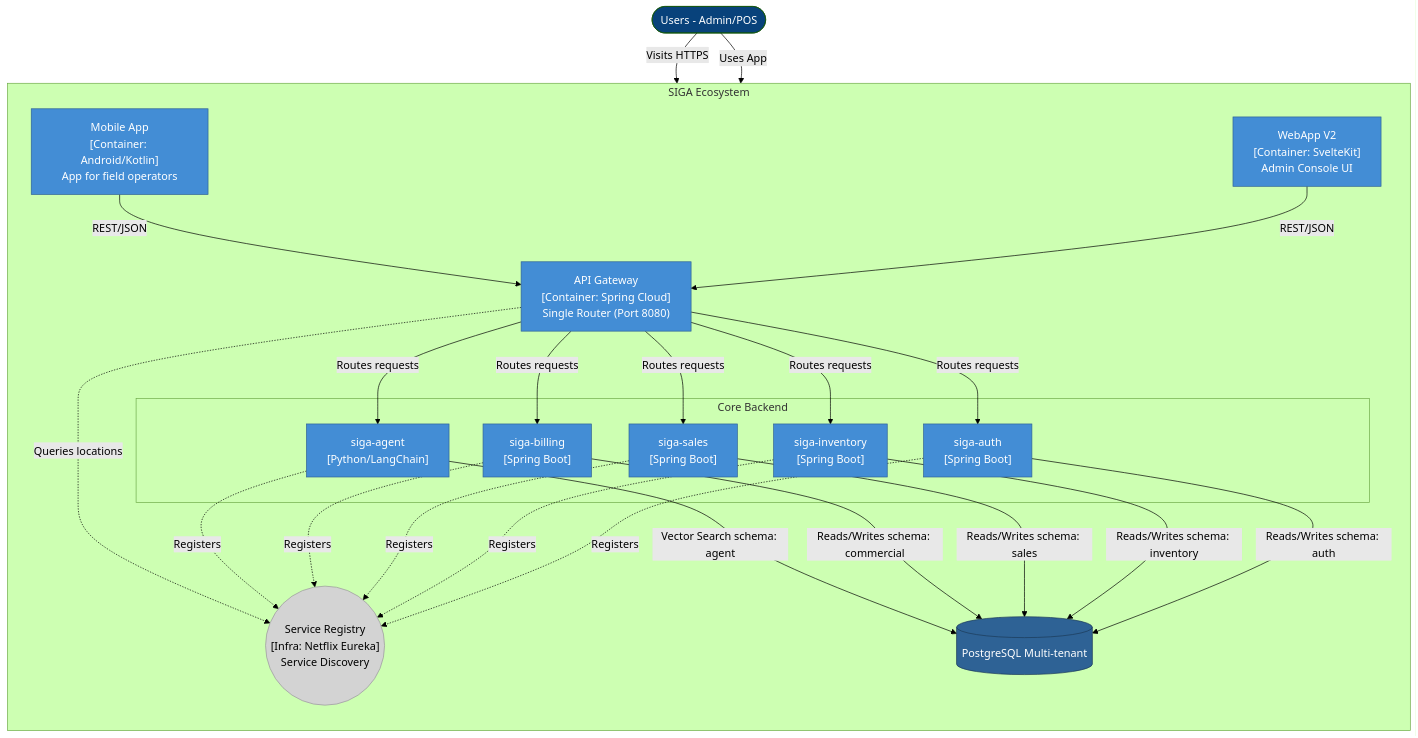
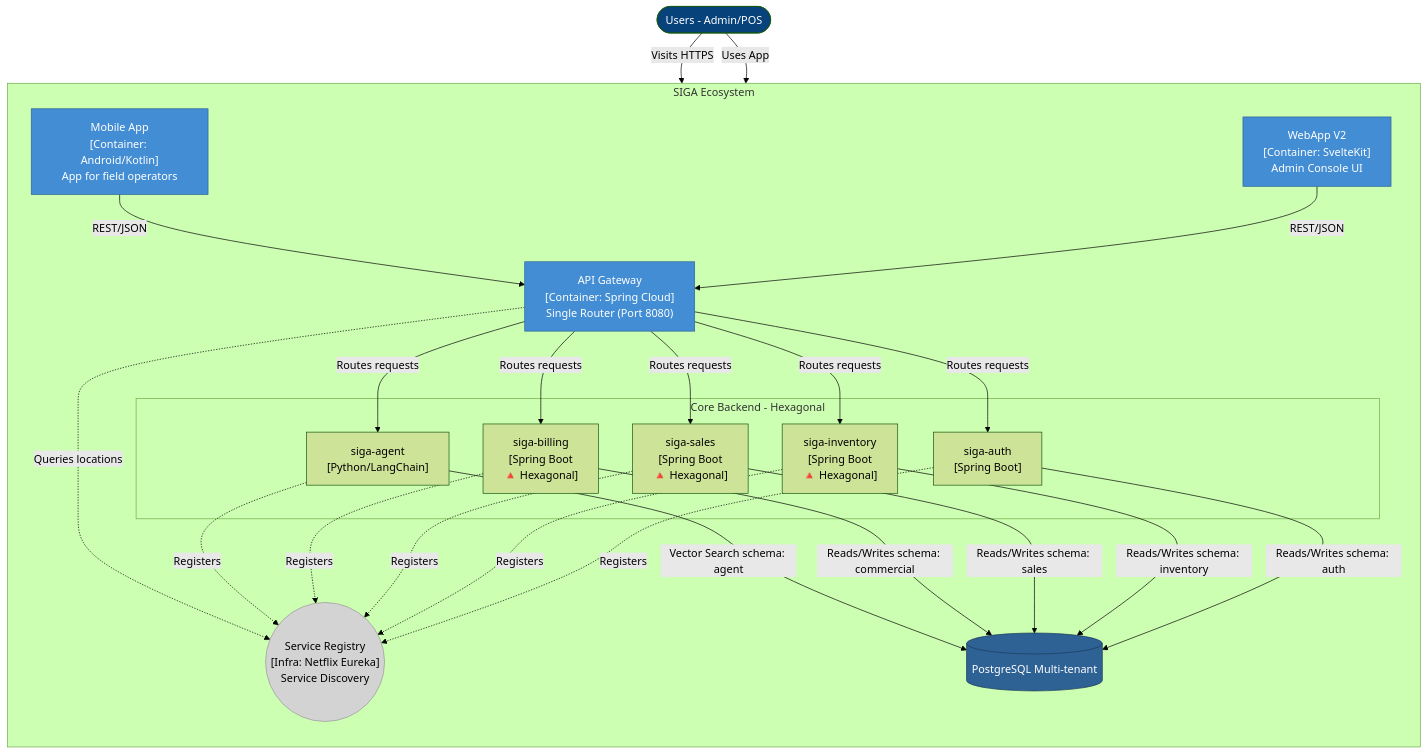
Before and after one commit to HecAguilaV/SIGA: the second of 2 diagrams in docs/en/architecture/C4_MODEL.md, drawn with Mermaid (forest theme). The commit also changed 1 other file, not shown here.

Commit message:
docs: update architecture docs and learning record for hexagonal migration / actualizar docs de arquitectura y registro de aprendizaje
- C4 Model updated: Inventory, Sales, Billing marked as Hexagonal
- Auth monolith noted as remaining legacy (pre-migration)
- LEARNING.md: Sales hexagonal completion, Auth migration details,
  Hibernate 6 UUID bug, Billing ddl-auto fix, Flyway activation decisions

- Modelo C4 actualizado: Inventory, Sales, Billing marcados como Hexagonal
- LEARNING.md: migracion hexagonal de Sales, detalles de migracion de Auth,
  bug de Hibernate 6 con UUID, fix de ddl-auto en Billing, decisiones de Flyway

````diff
--- a/docs/en/architecture/C4_MODEL.md
+++ b/docs/en/architecture/C4_MODEL.md
@@ -56,66 +56,66 @@
 ```mermaid
 flowchart TB
     %% Styles
     classDef actor fill:#08427b,color:#fff
     classDef container fill:#438dd5,stroke:#2e6295,color:#fff
     classDef db fill:#2e6295,stroke:#1b3a58,color:#fff
     classDef infrastructure fill:#d3d3d3,stroke:#999999,color:#000
 
     User(["Users - Admin/POS"]):::actor
     
     subgraph SIGA_System [SIGA Ecosystem]
         direction TB
         
         %% Client Applications
         WebApp["WebApp V2<br>[Container: SvelteKit]<br>Admin Console UI"]:::container
         MobileApp["Mobile App<br>[Container: Android/Kotlin]<br>App for field operators"]:::container
         
         %% Entry point
         Gateway["API Gateway<br>[Container: Spring Cloud]<br>Single Router (Port 8080)"]:::container
         
         %% Orchestration
         Eureka(("Service Registry<br>[Infra: Netflix Eureka]<br>Service Discovery")):::infrastructure
         
-        %% Microservices
-        subgraph Microservicios [Core Backend]
-            Auth["siga-auth<br>[Spring Boot]"]:::container
-            Inv["siga-inventory<br>[Spring Boot]"]:::container
-            Sales["siga-sales<br>[Spring Boot]"]:::container
-            Bill["siga-billing<br>[Spring Boot]"]:::container
-            Agent["siga-agent<br>[Python/LangChain]"]:::container
+        %% Microservices (Hexagonal Architecture)
+        subgraph Microservices [Core Backend - Hexagonal]
+            Auth["siga-auth<br>[Spring Boot]"]
+            Inv["siga-inventory<br>[Spring Boot<br>🔺 Hexagonal]"]
+            Sales["siga-sales<br>[Spring Boot<br>🔺 Hexagonal]"]
+            Bill["siga-billing<br>[Spring Boot<br>🔺 Hexagonal]"]
+            Agent["siga-agent<br>[Python/LangChain]"]
         end
         
         %% Database
         DB[(PostgreSQL Multi-tenant)]:::db
     end
     
     %% User Interactions
     User -->|Visits HTTPS| WebApp
     User -->|Uses App| MobileApp
     
     %% To Backend
     WebApp -->|REST/JSON| Gateway
     MobileApp -->|REST/JSON| Gateway
     
     %% Routing
     Gateway -->|Routes requests| Auth
     Gateway -->|Routes requests| Inv
     Gateway -->|Routes requests| Sales
     Gateway -->|Routes requests| Bill
     Gateway -->|Routes requests| Agent
     
     %% Discovery
     Auth -.->|Registers| Eureka
     Inv -.->|Registers| Eureka
     Sales -.->|Registers| Eureka
     Bill -.->|Registers| Eureka
     Agent -.->|Registers| Eureka
     Gateway -.->|Queries locations| Eureka
     
     %% Persistence
     Auth -->|Reads/Writes schema: auth| DB
     Inv -->|Reads/Writes schema: inventory| DB
     Sales -->|Reads/Writes schema: sales| DB
     Bill -->|Reads/Writes schema: commercial| DB
     Agent -->|Vector Search schema: agent| DB
 ```
````
